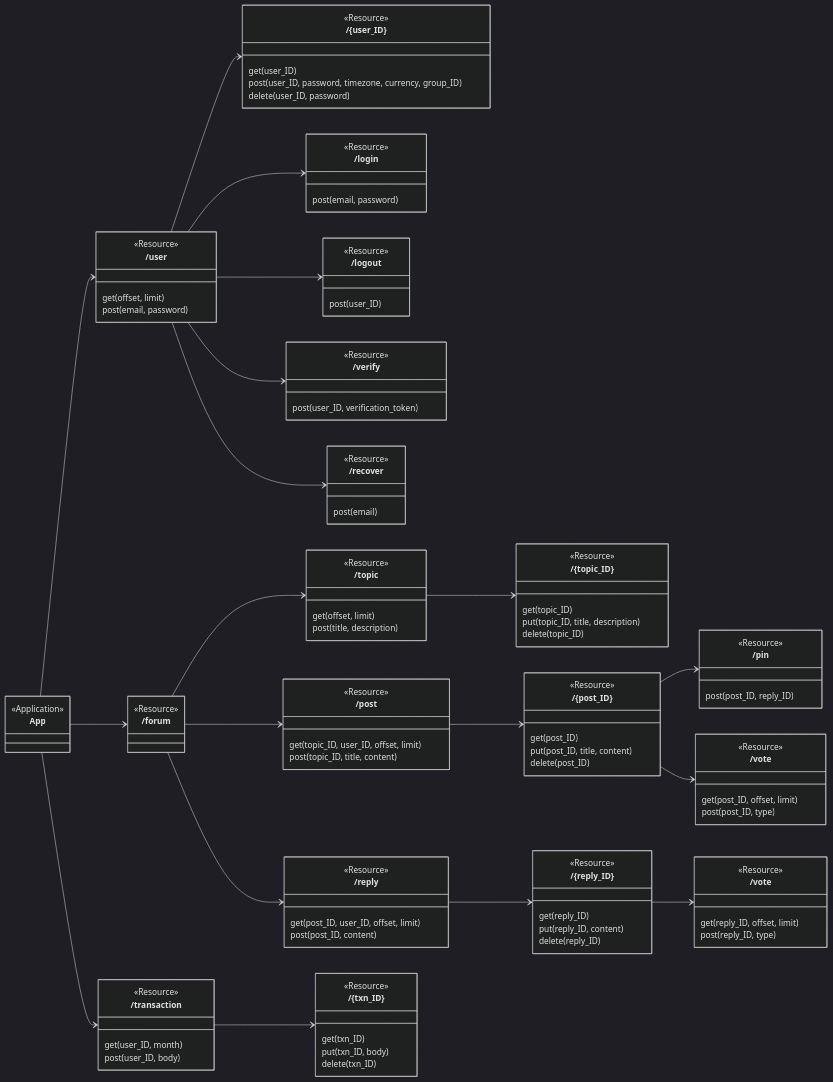
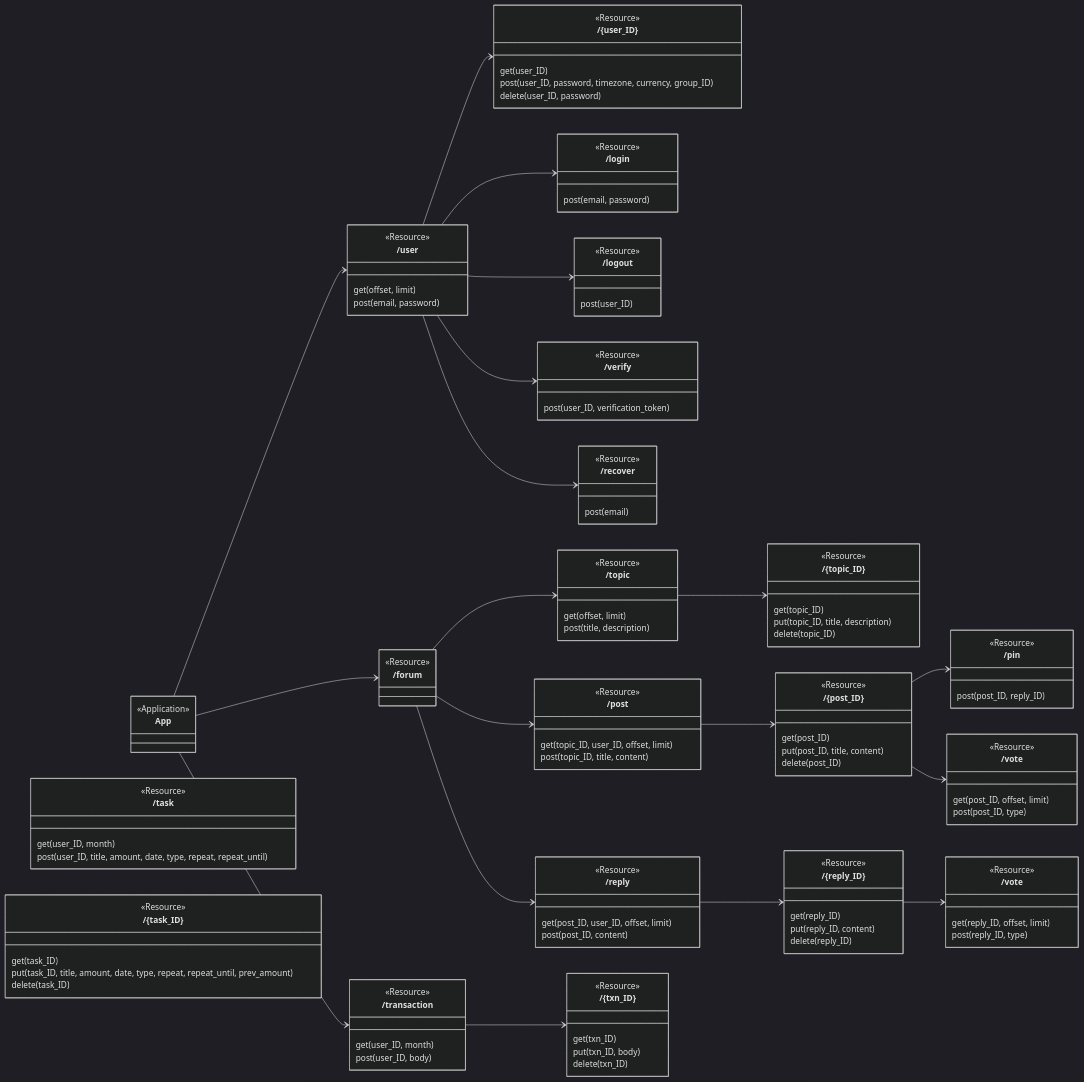
The diagram in sandbox/api.md (azwan082/azwan082), drawn with Mermaid before and after one commit.

Commit message:
add task endpoint

````diff
--- a/sandbox/api.md
+++ b/sandbox/api.md
@@ -133,4 +133,17 @@
 
 App --> Transaction
 Transaction --> Transaction_ID
+
+class Task["/task"] {
+    <<Resource>>
+    get(user_ID, month)
+    post(user_ID, title, amount, date, type, repeat, repeat_until)
+}
+
+class Task_ID["/{task_ID}"] {
+    <<Resource>>
+    get(task_ID)
+    put(task_ID, title, amount, date, type, repeat, repeat_until, prev_amount)
+    delete(task_ID)
+}
 ```
````
